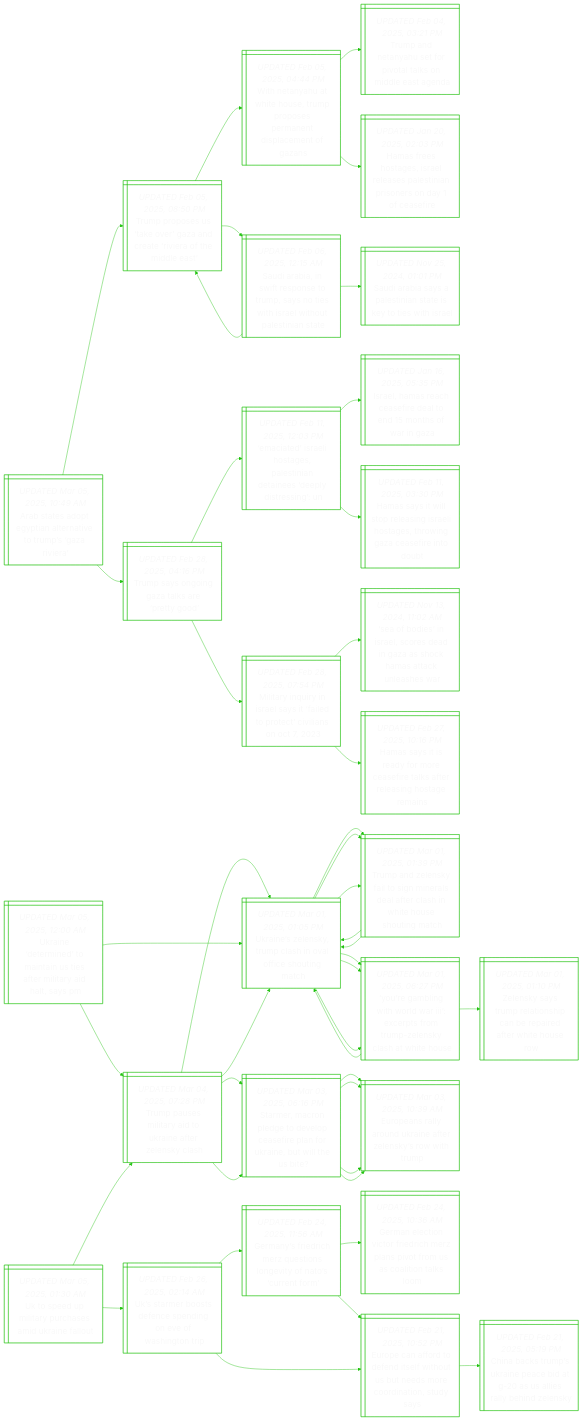
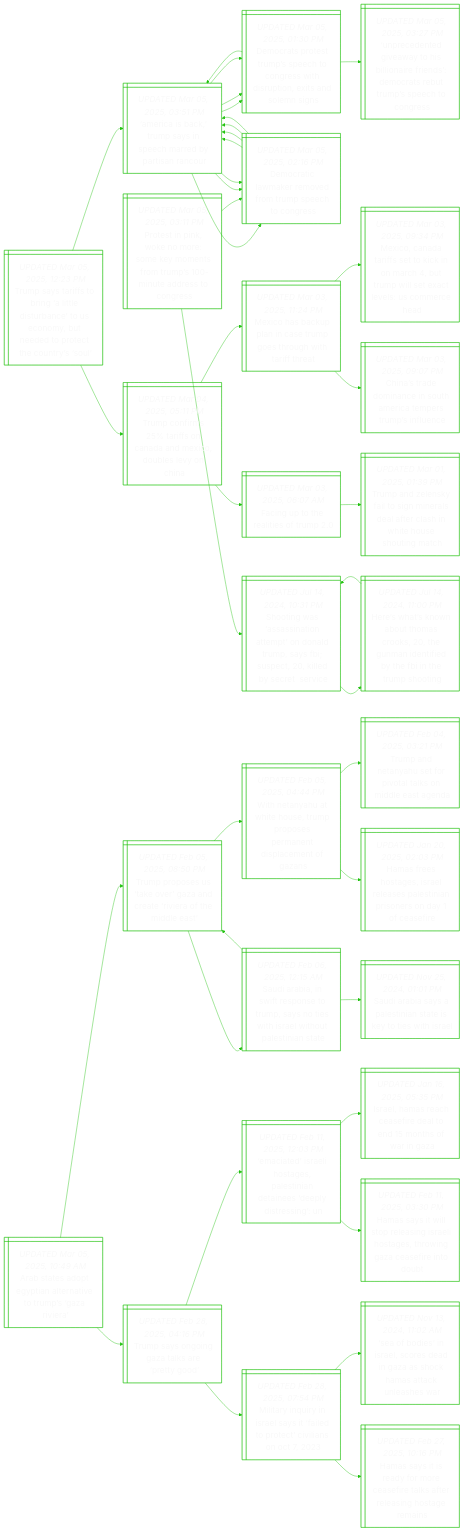
Before and after one commit to notJmes/notJmes: the diagram in README.md, drawn with Mermaid. The commit also changed other lines of this file, not shown here.

````diff
--- a/README.md
+++ b/README.md
@@ -15,6 +15,83 @@
 %%{init: {'theme':'base', 'themeVariables': {'primaryColor': "transparent", 'primaryTextColor': "#F9F9F9", 'lineColor': "#20C20E", 'primaryBorderColor':'#20C20E'}}}%%
 flowchart LR
 classDef txtsize font-size:20px;
+
+Tsasiidreemndotus@{ shape: win-pane, label: "_UPDATED Mar 05, 2025, 12:23 PM_
+Trump says tariffs to bring ‘a little disturbance’ to us economy, but needed to protect the country’s ‘soul’" }
+Acauypmdrno@{ shape: win-pane, label: "_UPDATED Mar 05, 2025, 03:51 PM_
+‘america is back,’ trump says in speech marred by partisan rancour" }
+DrrtpeCetrotsns@{ shape: win-pane, label: "_UPDATED Mar 05, 2025, 01:30 PM_
+Democrats protest trump’s speech to congress with disruption, exits and solemn signs" }
+Acauypmdrno@{ shape: win-pane, label: "_UPDATED Mar 05, 2025, 03:51 PM_
+‘america is back,’ trump says in speech marred by partisan rancour" }
+Uctvysireeabuptg@{ shape: win-pane, label: "_UPDATED Mar 05, 2025, 03:27 PM_
+‘unprecedented giveaway to his billionaire friends’: democrats rebut trump’s speech to congress" }
+Drlkmfrptg@{ shape: win-pane, label: "_UPDATED Mar 05, 2025, 02:16 PM_
+Democratic lawmaker removed from trump speech to congress" }
+Acauypmdrno@{ shape: win-pane, label: "_UPDATED Mar 05, 2025, 03:51 PM_
+‘america is back,’ trump says in speech marred by partisan rancour" }
+Acauypmdrno@{ shape: win-pane, label: "_UPDATED Mar 05, 2025, 03:51 PM_
+‘america is back,’ trump says in speech marred by partisan rancour" }
+TcrroadcbeC@{ shape: win-pane, label: "_UPDATED Mar 04, 2025, 05:11 PM_
+Trump confirms 25% tariffs on canada and mexico, doubles levy on china" }
+MoapnTghhtfa@{ shape: win-pane, label: "_UPDATED Mar 03, 2025, 11:24 PM_
+Mexico has backup plan in case trump goes through with tariff threat" }
+ModieiocTwececra@{ shape: win-pane, label: "_UPDATED Mar 03, 2025, 09:34 PM_
+Mexico, canada tariffs set to kick in on march 4, but trump will set exact levels: us commerce head" }
+Csenitresple@{ shape: win-pane, label: "_UPDATED Mar 03, 2025, 09:07 PM_
+China’s trade dominance in south america tempers trump’s influence" }
+Fgtaer@{ shape: win-pane, label: "_UPDATED Mar 03, 2025, 06:07 AM_
+Facing up to the realities of trump 2.0" }
+TalytnretaWHsit@{ shape: win-pane, label: "_UPDATED Mar 01, 2025, 01:39 PM_
+Trump and zelensky fail to sign minerals deal after clash in white house shouting match" }
+
+Tsasiidreemndotus:::txtsize --> Acauypmdrno:::txtsize
+Acauypmdrno:::txtsize --> DrrtpeCetrotsns:::txtsize
+DrrtpeCetrotsns:::txtsize --> Acauypmdrno:::txtsize
+DrrtpeCetrotsns:::txtsize --> Uctvysireeabuptg:::txtsize
+Acauypmdrno:::txtsize --> Drlkmfrptg:::txtsize
+Drlkmfrptg:::txtsize --> Acauypmdrno:::txtsize
+Drlkmfrptg:::txtsize --> Acauypmdrno:::txtsize
+Tsasiidreemndotus:::txtsize --> TcrroadcbeC:::txtsize
+TcrroadcbeC:::txtsize --> MoapnTghhtfa:::txtsize
+MoapnTghhtfa:::txtsize --> ModieiocTwececra:::txtsize
+MoapnTghhtfa:::txtsize --> Csenitresple:::txtsize
+TcrroadcbeC:::txtsize --> Fgtaer:::txtsize
+Fgtaer:::txtsize --> TalytnretaWHsit:::txtsize
+
+Psikommtmpudtg@{ shape: win-pane, label: "_UPDATED Mar 05, 2025, 03:11 PM_
+Protest in pink, woke no more: some key moments from trump’s 100-minute address to congress" }
+Drlkmfrptg@{ shape: win-pane, label: "_UPDATED Mar 05, 2025, 02:16 PM_
+Democratic lawmaker removed from trump speech to congress" }
+Acauypmdrno@{ shape: win-pane, label: "_UPDATED Mar 05, 2025, 03:51 PM_
+‘america is back,’ trump says in speech marred by partisan rancour" }
+DrrtpeCetrotsns@{ shape: win-pane, label: "_UPDATED Mar 05, 2025, 01:30 PM_
+Democrats protest trump’s speech to congress with disruption, exits and solemn signs" }
+Drlkmfrptg@{ shape: win-pane, label: "_UPDATED Mar 05, 2025, 02:16 PM_
+Democratic lawmaker removed from trump speech to congress" }
+Acauypmdrno@{ shape: win-pane, label: "_UPDATED Mar 05, 2025, 03:51 PM_
+‘america is back,’ trump says in speech marred by partisan rancour" }
+DrrtpeCetrotsns@{ shape: win-pane, label: "_UPDATED Mar 05, 2025, 01:30 PM_
+Democrats protest trump’s speech to congress with disruption, exits and solemn signs" }
+Drlkmfrptg@{ shape: win-pane, label: "_UPDATED Mar 05, 2025, 02:16 PM_
+Democratic lawmaker removed from trump speech to congress" }
+SisstttnraIelyev@{ shape: win-pane, label: "_UPDATED Jul 14, 2024, 10:31 PM_
+Shooting was ‘assassination attempt’ on donald trump, says fbi; suspect, 20, killed by secret  service" }
+HwkaTskgntdenrhn@{ shape: win-pane, label: "_UPDATED Jul 14, 2024, 11:00 PM_
+Here’s what’s known about thomas crooks, 20, the gunman identified by the fbi in the trump shooting" }
+SisstttnraIelyev@{ shape: win-pane, label: "_UPDATED Jul 14, 2024, 10:31 PM_
+Shooting was ‘assassination attempt’ on donald trump, says fbi; suspect, 20, killed by secret  service" }
+
+Psikommtmpudtg:::txtsize --> Drlkmfrptg:::txtsize
+Drlkmfrptg:::txtsize --> Acauypmdrno:::txtsize
+Acauypmdrno:::txtsize --> DrrtpeCetrotsns:::txtsize
+Acauypmdrno:::txtsize --> Drlkmfrptg:::txtsize
+Drlkmfrptg:::txtsize --> Acauypmdrno:::txtsize
+Acauypmdrno:::txtsize --> DrrtpeCetrotsns:::txtsize
+Acauypmdrno:::txtsize --> Drlkmfrptg:::txtsize
+Psikommtmpudtg:::txtsize --> SisstttnraIelyev:::txtsize
+SisstttnraIelyev:::txtsize --> HwkaTskgntdenrhn:::txtsize
+HwkaTskgntdenrhn:::txtsize --> SisstttnraIelyev:::txtsize
 
 AtaEittopae@{ shape: win-pane, label: "_UPDATED Mar 05, 2025, 10:49 AM_
 Arab states adopt egyptian alternative to trump’s ‘gaza riviera’" }
@@ -62,93 +139,4 @@
 MaqiayattiaO:::txtsize --> Sbsrcdnacaale:::txtsize
 MaqiayattiaO:::txtsize --> Hstarcfafeisrn:::txtsize
 
-Uneeaiitlyay@{ shape: win-pane, label: "_UPDATED Mar 05, 2025, 12:00 AM_
-Ukraine ‘determined’ to maintain us ties after military aid halt, says pm" }
-Tpstikernl@{ shape: win-pane, label: "_UPDATED Mar 04, 2025, 07:28 PM_
-Trump pauses military aid to ukraine after zelensky clash" }
-Unlyphaiogh@{ shape: win-pane, label: "_UPDATED Mar 01, 2025, 01:05 PM_
-Ukraine’s zelensky, trump clash in oval office shouting match" }
-TalytnretaWHsit@{ shape: win-pane, label: "_UPDATED Mar 01, 2025, 01:39 PM_
-Trump and zelensky fail to sign minerals deal after clash in white house shouting match" }
-YgitlIcsTZsaWH@{ shape: win-pane, label: "_UPDATED Mar 01, 2025, 06:27 PM_
-‘you’re gambling with world war iii’: excerpts from trump-zelensky clash at white house" }
-Sereolarnkeiet@{ shape: win-pane, label: "_UPDATED Mar 03, 2025, 06:16 PM_
-Starmer, macron pledge to develop ceasefire plan for ukraine, but will the us bite?" }
-EearUneesiu@{ shape: win-pane, label: "_UPDATED Mar 03, 2025, 10:39 AM_
-Europeans rally around ukraine after zelensky’s row with trump" }
-EearUneesiu@{ shape: win-pane, label: "_UPDATED Mar 03, 2025, 10:39 AM_
-Europeans rally around ukraine after zelensky’s row with trump" }
-Unlyphaiogh@{ shape: win-pane, label: "_UPDATED Mar 01, 2025, 01:05 PM_
-Ukraine’s zelensky, trump clash in oval office shouting match" }
-TalytnretaWHsit@{ shape: win-pane, label: "_UPDATED Mar 01, 2025, 01:39 PM_
-Trump and zelensky fail to sign minerals deal after clash in white house shouting match" }
-Unlyphaiogh@{ shape: win-pane, label: "_UPDATED Mar 01, 2025, 01:05 PM_
-Ukraine’s zelensky, trump clash in oval office shouting match" }
-Unlyphaiogh@{ shape: win-pane, label: "_UPDATED Mar 01, 2025, 01:05 PM_
-Ukraine’s zelensky, trump clash in oval office shouting match" }
-YgitlIcsTZsaWH@{ shape: win-pane, label: "_UPDATED Mar 01, 2025, 06:27 PM_
-‘you’re gambling with world war iii’: excerpts from trump-zelensky clash at white house" }
-Unlyphaiogh@{ shape: win-pane, label: "_UPDATED Mar 01, 2025, 01:05 PM_
-Ukraine’s zelensky, trump clash in oval office shouting match" }
-Zsymasaeeets@{ shape: win-pane, label: "_UPDATED Mar 01, 2025, 01:10 PM_
-Zelensky says trump relationship can be repaired after white house row" }
-
-Uneeaiitlyay:::txtsize --> Tpstikernl:::txtsize
-Tpstikernl:::txtsize --> Unlyphaiogh:::txtsize
-Unlyphaiogh:::txtsize --> TalytnretaWHsit:::txtsize
-Unlyphaiogh:::txtsize --> YgitlIcsTZsaWH:::txtsize
-Tpstikernl:::txtsize --> Sereolarnkeiet:::txtsize
-Sereolarnkeiet:::txtsize --> EearUneesiu:::txtsize
-Sereolarnkeiet:::txtsize --> EearUneesiu:::txtsize
-Uneeaiitlyay:::txtsize --> Unlyphaiogh:::txtsize
-Unlyphaiogh:::txtsize --> TalytnretaWHsit:::txtsize
-TalytnretaWHsit:::txtsize --> Unlyphaiogh:::txtsize
-TalytnretaWHsit:::txtsize --> Unlyphaiogh:::txtsize
-Unlyphaiogh:::txtsize --> YgitlIcsTZsaWH:::txtsize
-YgitlIcsTZsaWH:::txtsize --> Unlyphaiogh:::txtsize
-YgitlIcsTZsaWH:::txtsize --> Zsymasaeeets:::txtsize
-
-Upptusiaat@{ shape: win-pane, label: "_UPDATED Mar 05, 2025, 01:30 AM_
-Uk to speed up military purchases amid ukraine fallout" }
-Tpstikernl@{ shape: win-pane, label: "_UPDATED Mar 04, 2025, 07:28 PM_
-Trump pauses military aid to ukraine after zelensky clash" }
-Unlyphaiogh@{ shape: win-pane, label: "_UPDATED Mar 01, 2025, 01:05 PM_
-Ukraine’s zelensky, trump clash in oval office shouting match" }
-TalytnretaWHsit@{ shape: win-pane, label: "_UPDATED Mar 01, 2025, 01:39 PM_
-Trump and zelensky fail to sign minerals deal after clash in white house shouting match" }
-YgitlIcsTZsaWH@{ shape: win-pane, label: "_UPDATED Mar 01, 2025, 06:27 PM_
-‘you’re gambling with world war iii’: excerpts from trump-zelensky clash at white house" }
-Sereolarnkeiet@{ shape: win-pane, label: "_UPDATED Mar 03, 2025, 06:16 PM_
-Starmer, macron pledge to develop ceasefire plan for ukraine, but will the us bite?" }
-EearUneesiu@{ shape: win-pane, label: "_UPDATED Mar 03, 2025, 10:39 AM_
-Europeans rally around ukraine after zelensky’s row with trump" }
-EearUneesiu@{ shape: win-pane, label: "_UPDATED Mar 03, 2025, 10:39 AM_
-Europeans rally around ukraine after zelensky’s row with trump" }
-Uabsnegesti@{ shape: win-pane, label: "_UPDATED Feb 26, 2025, 02:14 AM_
-Uk’s starmer boosts defence spending on eve of washington trip" }
-Gnicztlvfser@{ shape: win-pane, label: "_UPDATED Feb 24, 2025, 11:56 AM_
-Germany’s friedrich merz questions longevity of nato’s ‘current form’" }
-GntiFreavositl@{ shape: win-pane, label: "_UPDATED Feb 24, 2025, 10:36 AM_
-German election victor friedrich merz plans pivot from us as coalition talks loom" }
-Eeftesittsciods@{ shape: win-pane, label: "_UPDATED Feb 21, 2025, 10:52 PM_
-Europe can afford to defend itself without us but needs more coordination, study says" }
-Eeftesittsciods@{ shape: win-pane, label: "_UPDATED Feb 21, 2025, 10:52 PM_
-Europe can afford to defend itself without us but needs more coordination, study says" }
-CbTsiadslaeZs@{ shape: win-pane, label: "_UPDATED Feb 21, 2025, 05:19 PM_
-China backs trump’s ukraine peace bid at g-20 as us allies rally behind zelensky" }
-
-Upptusiaat:::txtsize --> Tpstikernl:::txtsize
-Tpstikernl:::txtsize --> Unlyphaiogh:::txtsize
-Unlyphaiogh:::txtsize --> TalytnretaWHsit:::txtsize
-Unlyphaiogh:::txtsize --> YgitlIcsTZsaWH:::txtsize
-Tpstikernl:::txtsize --> Sereolarnkeiet:::txtsize
-Sereolarnkeiet:::txtsize --> EearUneesiu:::txtsize
-Sereolarnkeiet:::txtsize --> EearUneesiu:::txtsize
-Upptusiaat:::txtsize --> Uabsnegesti:::txtsize
-Uabsnegesti:::txtsize --> Gnicztlvfser:::txtsize
-Gnicztlvfser:::txtsize --> GntiFreavositl:::txtsize
-Gnicztlvfser:::txtsize --> Eeftesittsciods:::txtsize
-Uabsnegesti:::txtsize --> Eeftesittsciods:::txtsize
-Eeftesittsciods:::txtsize --> CbTsiadslaeZs:::txtsize
-
 ```
````
